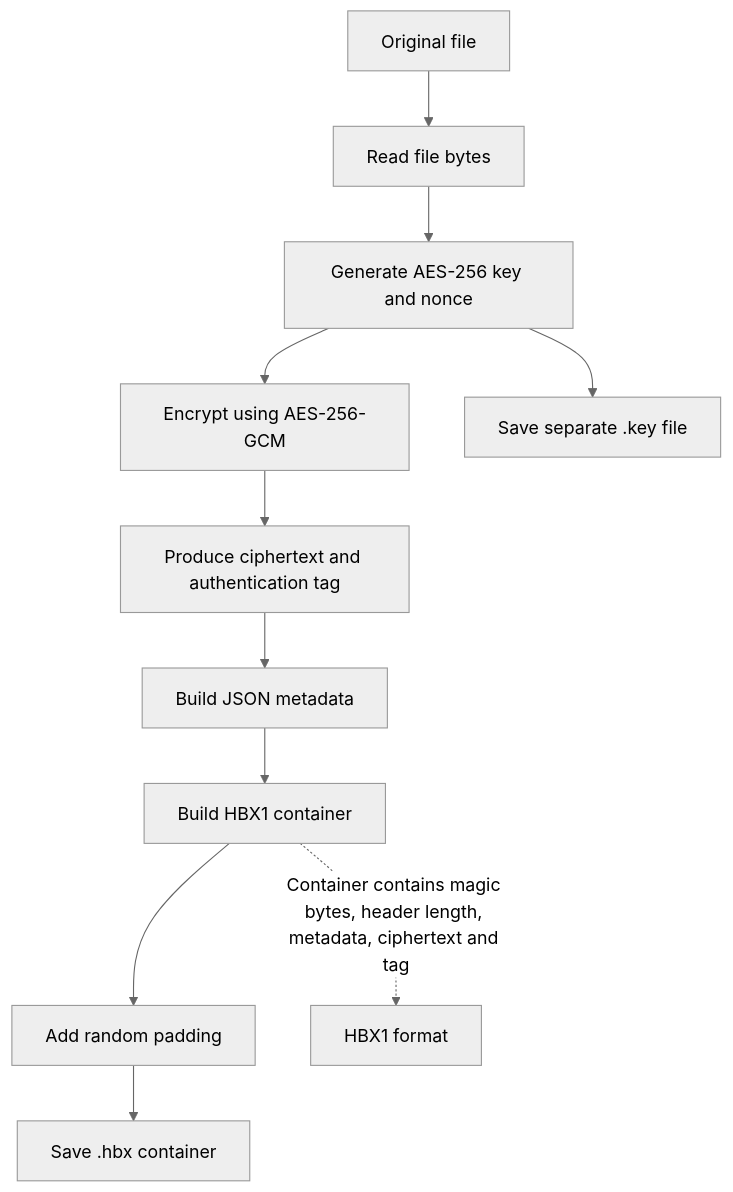
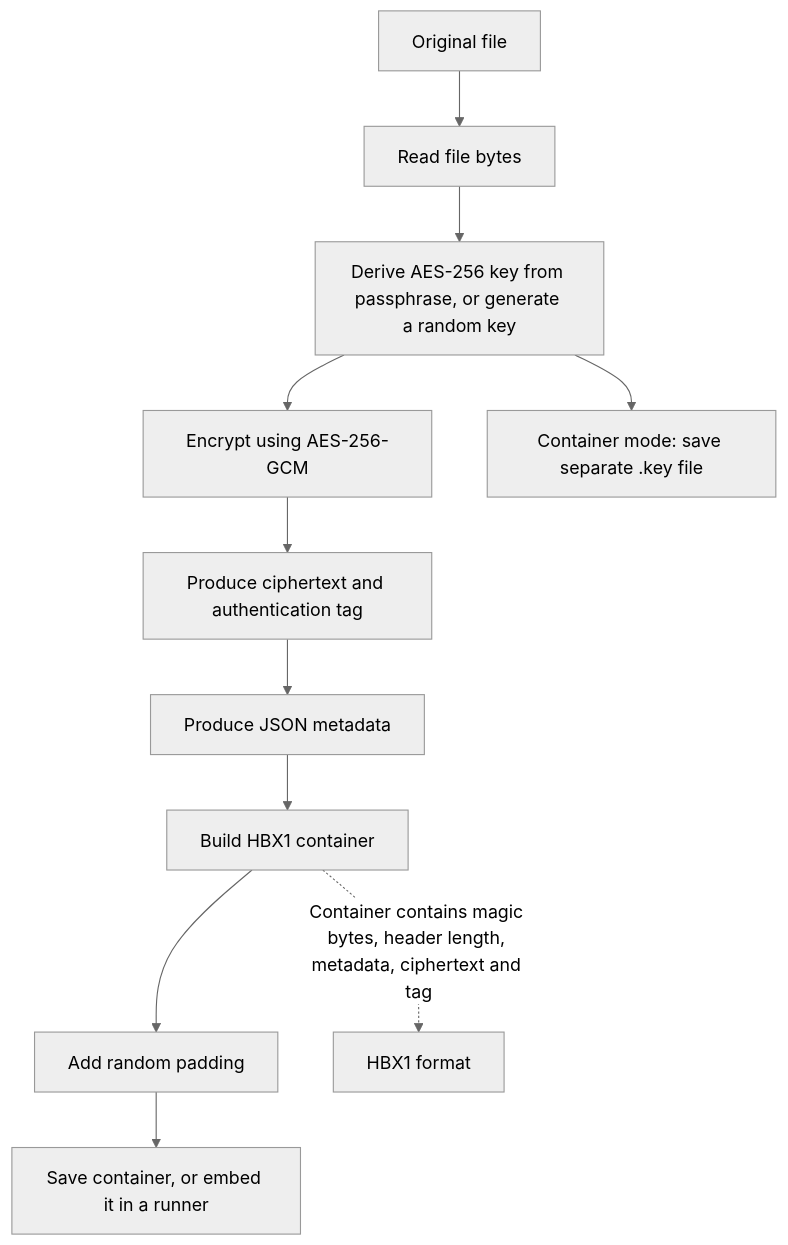
Before and after one commit to fahdaguenouz/hidden-bytes: the first of 8 diagrams in README.md, drawn with Mermaid (neutral theme). The commit also changed other lines of this file and 3 other files, not shown here.

````diff
--- a/README.md
+++ b/README.md
@@ -62,14 +64,14 @@
 ```mermaid
 flowchart TD
     A["Original file"] --> B["Read file bytes"]
-    B --> C["Generate AES-256 key and nonce"]
+    B --> C["Derive AES-256 key from passphrase, or generate a random key"]
     C --> D["Encrypt using AES-256-GCM"]
     D --> E["Produce ciphertext and authentication tag"]
-    E --> F["Build JSON metadata"]
+    E --> F["Produce JSON metadata"]
     F --> G["Build HBX1 container"]
     G --> H["Add random padding"]
-    H --> I["Save .hbx container"]
-    C --> J["Save separate .key file"]
+    H --> I["Save container, or embed it in a runner"]
+    C --> J["Container mode: save separate .key file"]
 
     G -. "Container contains magic bytes, header length, metadata, ciphertext and tag" .-> K["HBX1 format"]
 ```
````
